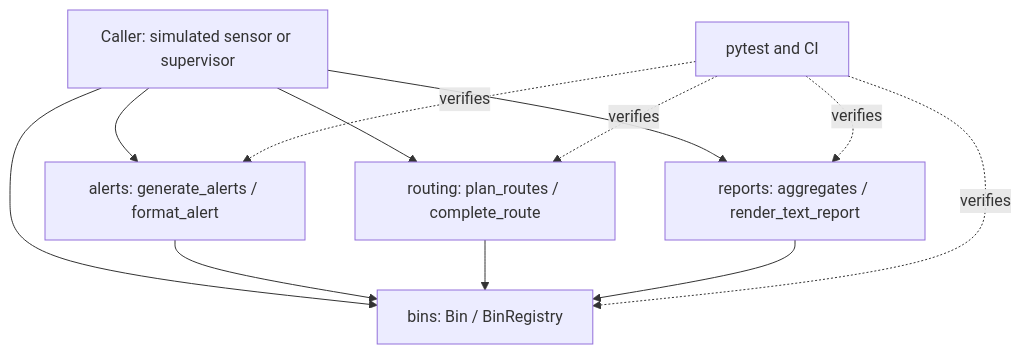
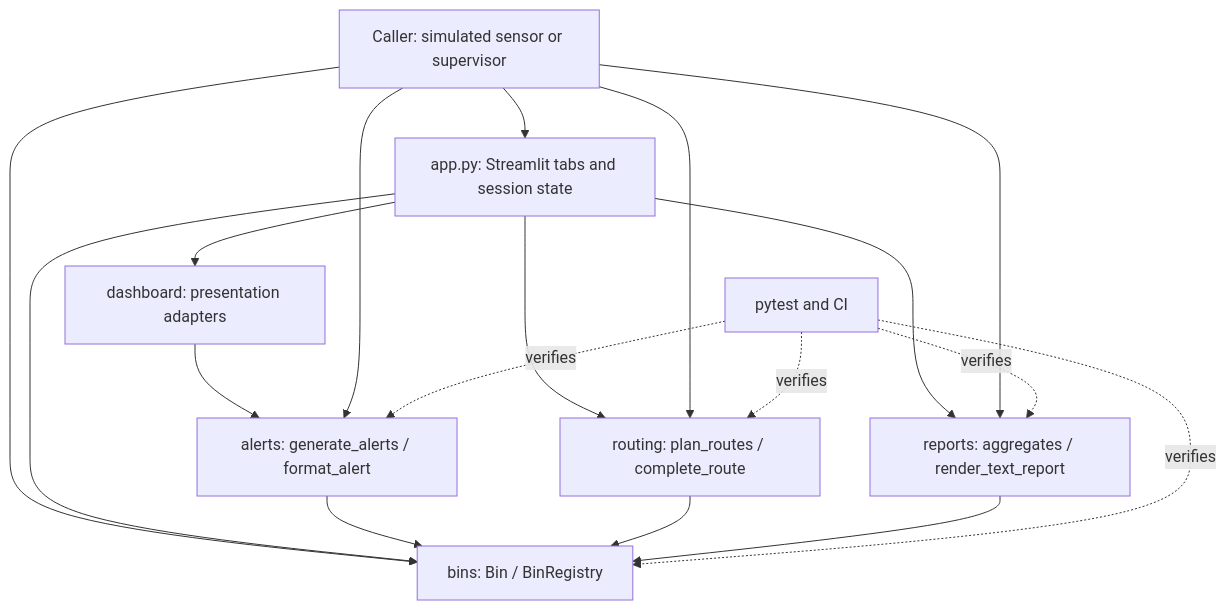
The first of 5 diagrams in docs/SAD.md (SasyakSubudhi/Smart-City-Waste-Management-System), drawn with Mermaid before and after one commit. The commit also changed other lines of this file and 1 other file, not shown here.

````diff
--- a/docs/SAD.md
+++ b/docs/SAD.md
@@ -94,14 +97,20 @@
 ```mermaid
 flowchart TD
     Caller[Caller: simulated sensor or supervisor] --> B["bins: Bin / BinRegistry"]
+    Caller --> UI["app.py: Streamlit tabs and session state"]
+    UI --> D["dashboard: presentation adapters"]
+    D --> A
+    UI --> R
+    UI --> P
+    UI --> B
     Caller --> A["alerts: generate_alerts / format_alert"]
     Caller --> R["routing: plan_routes / complete_route"]
     Caller --> P["reports: aggregates / render_text_report"]
     A --> B
     R --> B
     P --> B
     Tests["pytest and CI"] -. verifies .-> B
     Tests -. verifies .-> A
     Tests -. verifies .-> R
     Tests -. verifies .-> P
 ```
````
